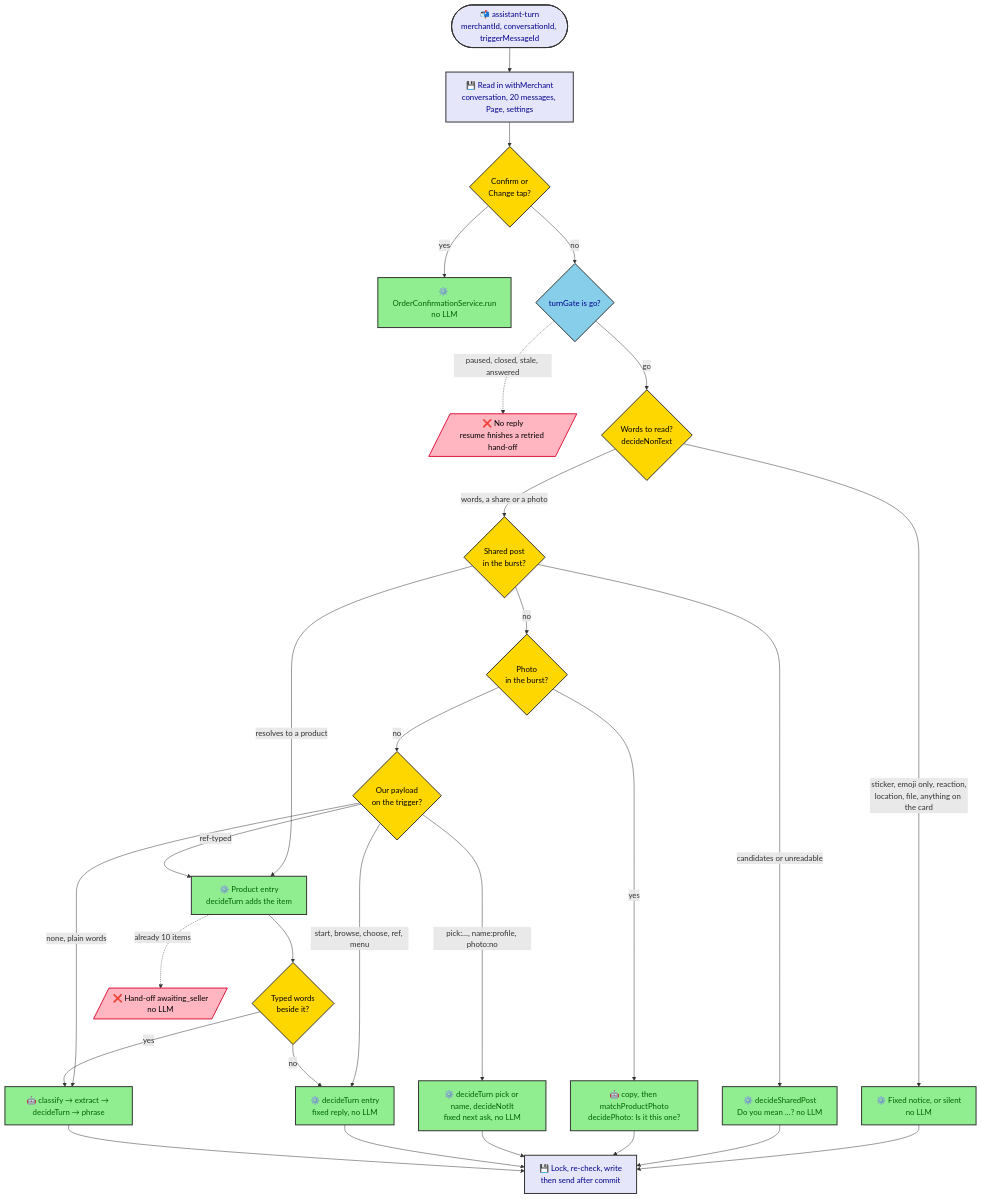
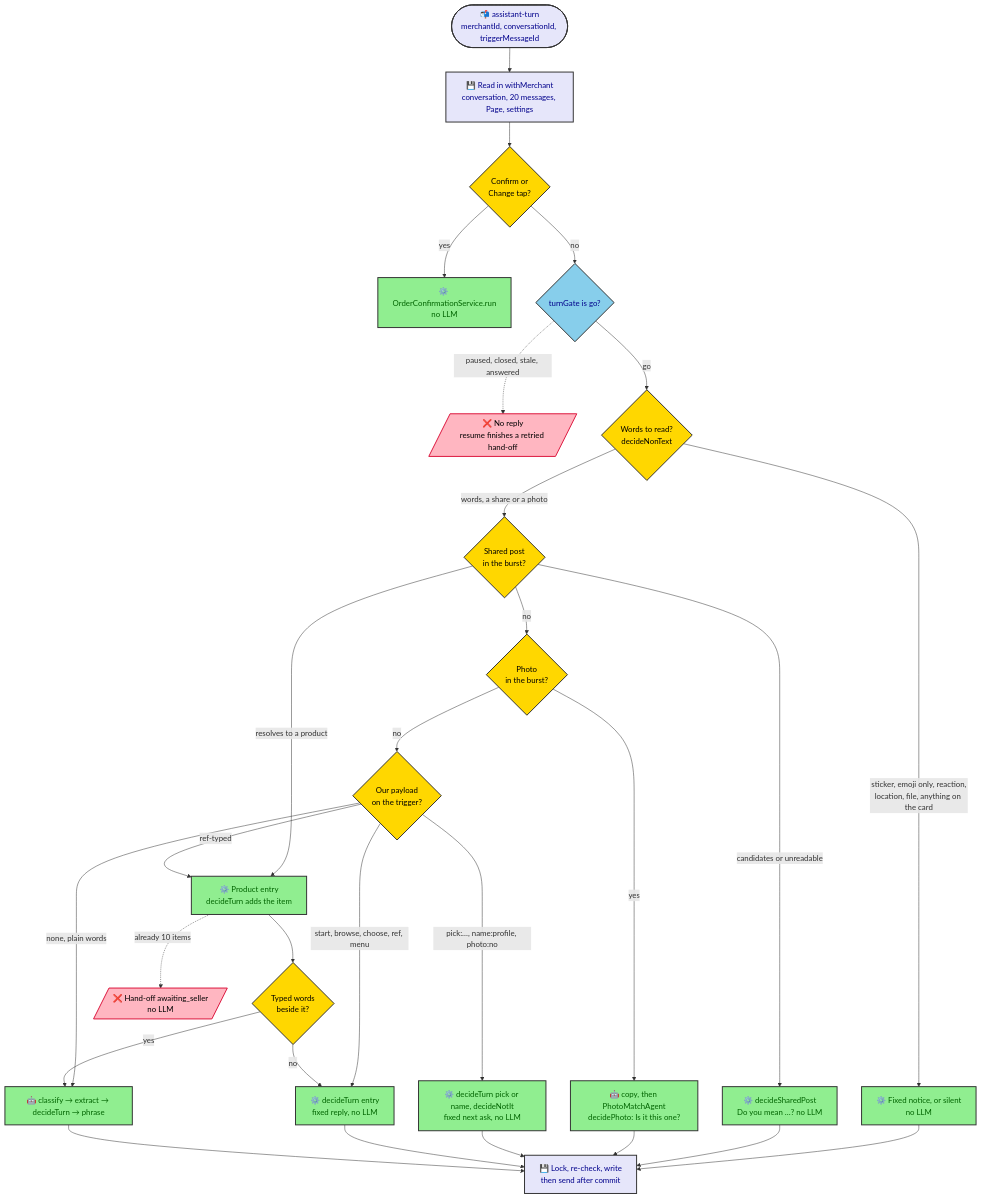
One commit to nabil404/project-alpha changed the third of 4 diagrams in docs/architecture/ai.md. Above: the diagram before and after it, drawn with Mermaid. The commit also changed other lines of this file and 10 other files, not shown here.

````diff
--- a/docs/architecture/ai.md
+++ b/docs/architecture/ai.md
@@ -773,39 +806,39 @@
 ```mermaid
 flowchart TD
     job(["📬 assistant-turn<br/>merchantId, conversationId, triggerMessageId"]) --> read["💾 Read in withMerchant<br/>conversation, 20 messages, Page, settings"]
     read --> tap{"Confirm or<br/>Change tap?"}
     tap -- yes --> confirm["⚙️ OrderConfirmationService.run<br/>no LLM"]
     tap -- no --> gate{"turnGate is go?"}
     gate -. "paused, closed, stale, answered" .-> stop[/"❌ No reply<br/>resume finishes a retried hand-off"/]
     gate -- go --> nontext{"Words to read?<br/>decideNonText"}
     nontext -- "sticker, emoji only, reaction,<br/>location, file, anything on the card" --> notice["⚙️ Fixed notice, or silent<br/>no LLM"]
     nontext -- "words, a share or a photo" --> share{"Shared post<br/>in the burst?"}
     share -- "resolves to a product" --> product
     share -- "candidates or unreadable" --> askpost["⚙️ decideSharedPost<br/>Do you mean …? no LLM"]
     share -- no --> photo{"Photo<br/>in the burst?"}
-    photo -- yes --> vision["🤖 copy, then matchProductPhoto<br/>decidePhoto: Is it this one?"]
+    photo -- yes --> vision["🤖 copy, then PhotoMatchAgent<br/>decidePhoto: Is it this one?"]
     photo -- no --> kind{"Our payload<br/>on the trigger?"}
     kind -- "pick:…, name:profile, photo:no" --> pick["⚙️ decideTurn pick or name, decideNotIt<br/>fixed next ask, no LLM"]
     kind -- "start, browse, choose, ref, menu" --> entry["⚙️ decideTurn entry<br/>fixed reply, no LLM"]
     kind -- "ref-typed" --> product["⚙️ Product entry<br/>decideTurn adds the item"]
     kind -- "none, plain words" --> llm["🤖 classify → extract → decideTurn → phrase"]
     product --> typed{"Typed words<br/>beside it?"}
     typed -- yes --> llm
     typed -- no --> entry
     product -. "already 10 items" .-> full[/"❌ Hand-off awaiting_seller<br/>no LLM"/]
     notice & askpost & vision & pick & entry & llm --> write["💾 Lock, re-check, write<br/>then send after commit"]
 
     classDef entry    fill:#E6E6FA,stroke:#333,stroke-width:2px,color:#00008B
     classDef guard    fill:#87CEEB,stroke:#333,stroke-width:2px,color:#00008B
     classDef decision fill:#FFD700,stroke:#333,stroke-width:2px,color:#000
     classDef work     fill:#90EE90,stroke:#333,stroke-width:2px,color:#006400
     classDef store    fill:#E6E6FA,stroke:#333,stroke-width:2px,color:#00008B
     classDef reject   fill:#FFB6C1,stroke:#DC143C,stroke-width:2px,color:#000
 
     class job entry
     class gate guard
     class tap,nontext,share,photo,kind,typed decision
     class confirm,notice,askpost,vision,pick,entry,product,llm work
     class read,write store
     class stop,full reject
 ```
````
